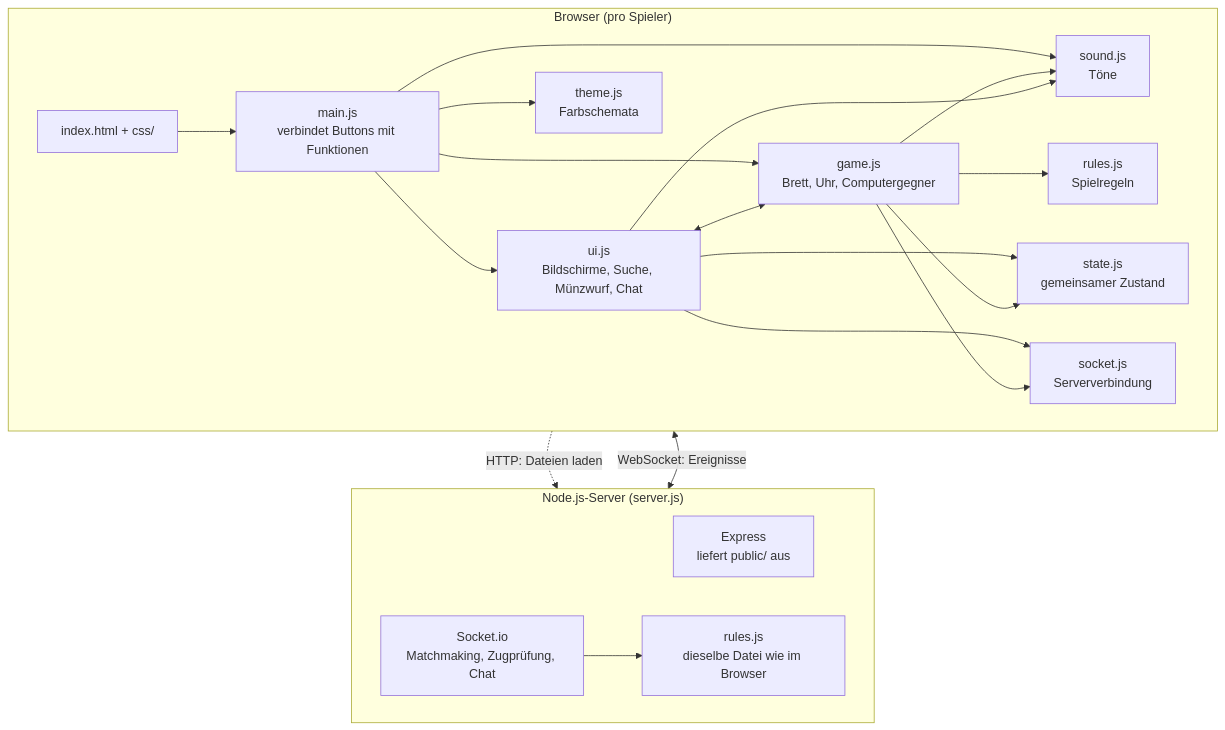
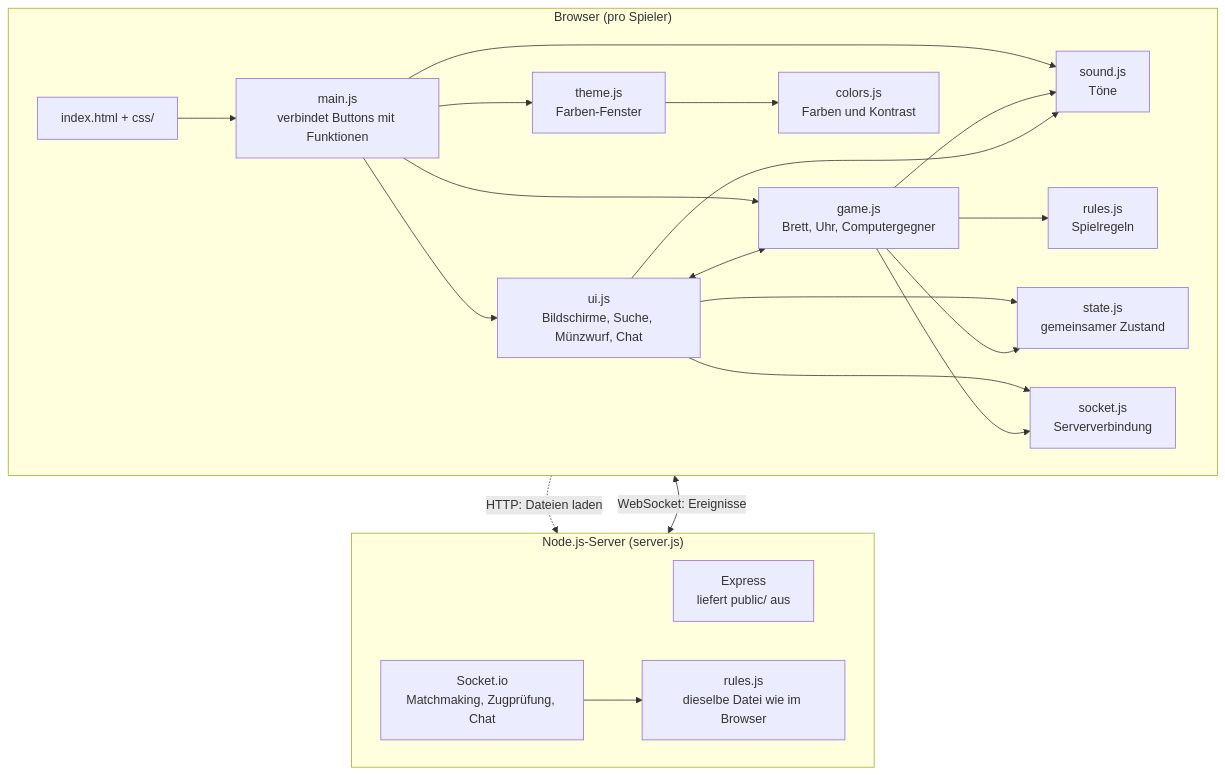
Before and after one commit to flofries00/WebProgDHBWDame: the first of 2 diagrams in README.md, drawn with Mermaid. The commit also changed other lines of this file and 6 other files, not shown here.

Commit message:
Farben-Fenster: Live-Vorschau, eigene Farben mit Kontrastprüfung, Dialoge passen aufs Handy

````diff
--- a/README.md
+++ b/README.md
@@ -74,39 +77,41 @@
 ```mermaid
 flowchart TB
     subgraph Browser["Browser (pro Spieler)"]
         direction LR
         HTML["index.html + css/"]
         Main["main.js<br/>verbindet Buttons mit Funktionen"]
         UI["ui.js<br/>Bildschirme, Suche, Münzwurf, Chat"]
         Game["game.js<br/>Brett, Uhr, Computergegner"]
         RulesC["rules.js<br/>Spielregeln"]
         Sound["sound.js<br/>Töne"]
-        Theme["theme.js<br/>Farbschemata"]
+        Theme["theme.js<br/>Farben-Fenster"]
+        Colors["colors.js<br/>Farben und Kontrast"]
         State["state.js<br/>gemeinsamer Zustand"]
         SocketC["socket.js<br/>Serververbindung"]
         HTML --> Main
         Main --> UI
         Main --> Game
         Main --> Sound
         Main --> Theme
+        Theme --> Colors
         UI <--> Game
         Game --> RulesC
         Game --> Sound
         UI --> Sound
         UI --> State
         Game --> State
         UI --> SocketC
         Game --> SocketC
     end
 
     subgraph Server["Node.js-Server (server.js)"]
         direction LR
         Express["Express<br/>liefert public/ aus"]
         IO["Socket.io<br/>Matchmaking, Zugprüfung, Chat"]
         RulesS["rules.js<br/>dieselbe Datei wie im Browser"]
         IO --> RulesS
     end
 
     HTML -.->|"HTTP: Dateien laden"| Express
     SocketC <-->|"WebSocket: Ereignisse"| IO
 ```
````
